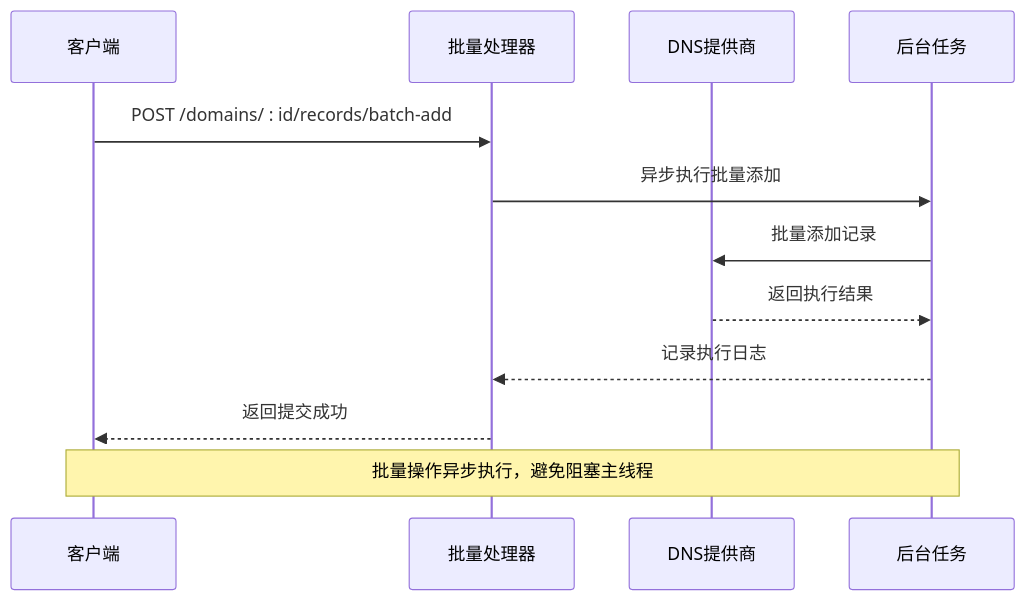
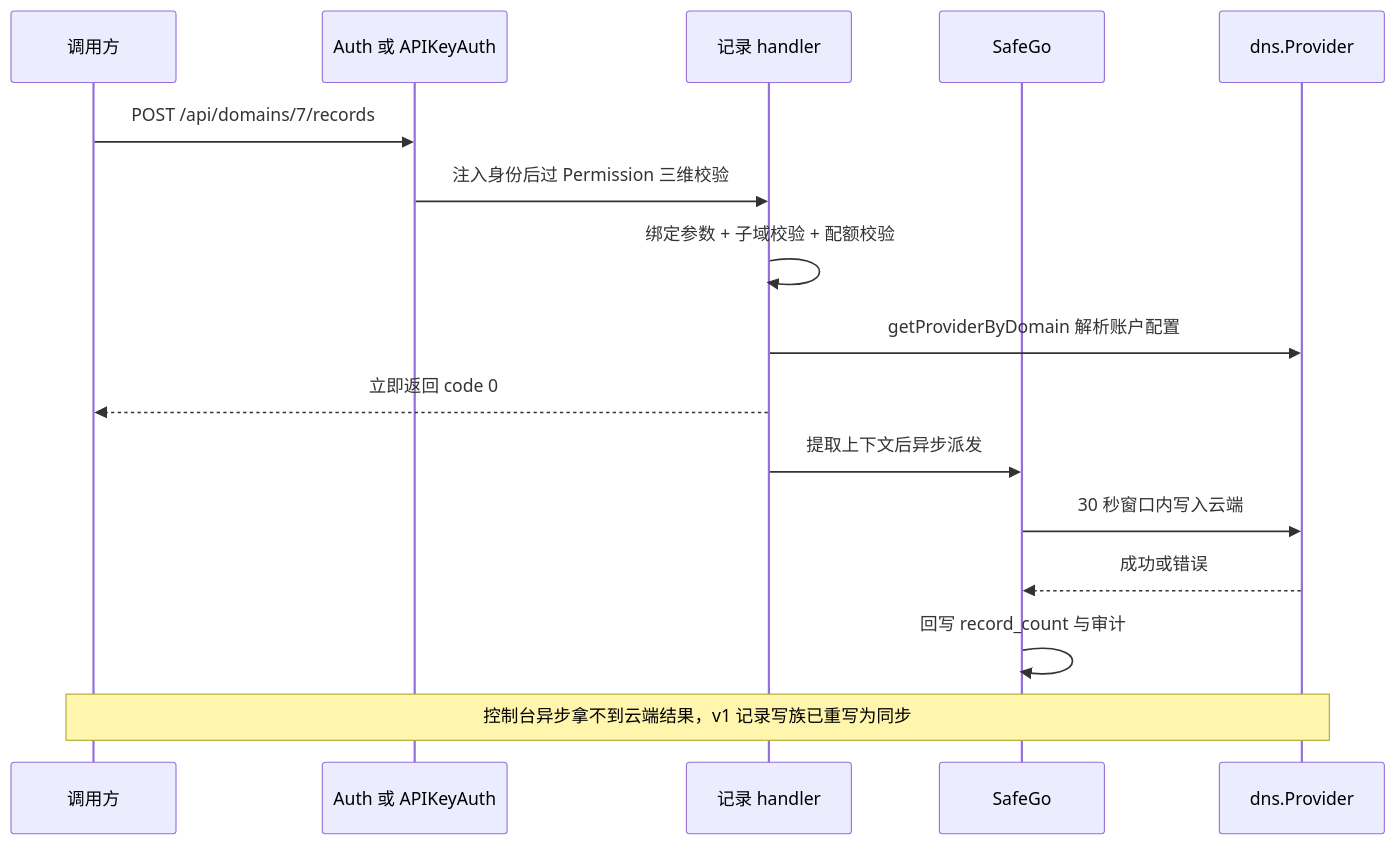
The third of 6 diagrams in docs/API参考文档/域名管理API.md (x01n/dnsplane), drawn with Mermaid before and after one commit. The commit also changed other lines of this file and 326 other files, not shown here.

````diff
--- a/docs/API参考文档/域名管理API.md
+++ b/docs/API参考文档/域名管理API.md
@@ -293,14 +232,18 @@
 ```mermaid
 sequenceDiagram
-participant Client as 客户端
-participant Handler as 批量处理器
-participant Provider as DNS提供商
-participant Background as 后台任务
-Client->>Handler : POST /domains/ : id/records/batch-add
-Handler->>Background : 异步执行批量添加
-Background->>Provider : 批量添加记录
-Provider-->>Background : 返回执行结果
-Background-->>Handler : 记录执行日志
-Handler-->>Client : 返回提交成功
-Note over Client,Background : 批量操作异步执行，避免阻塞主线程
+    participant FE as 调用方
+    participant AU as Auth 或 APIKeyAuth
+    participant HD as 记录 handler
+    participant GO as SafeGo
+    participant PV as dns.Provider
+    FE->>AU: POST /api/domains/7/records
+    AU->>HD: 注入身份后过 Permission 三维校验
+    HD->>HD: 绑定参数 + 子域校验 + 配额校验
+    HD->>PV: getProviderByDomain 解析账户配置
+    HD-->>FE: 立即返回 code 0
+    HD->>GO: 提取上下文后异步派发
+    GO->>PV: 30 秒窗口内写入云端
+    PV-->>GO: 成功或错误
+    GO->>GO: 回写 record_count 与审计
+    Note over FE,PV: 控制台异步拿不到云端结果，v1 记录写族已重写为同步
 ```
````
